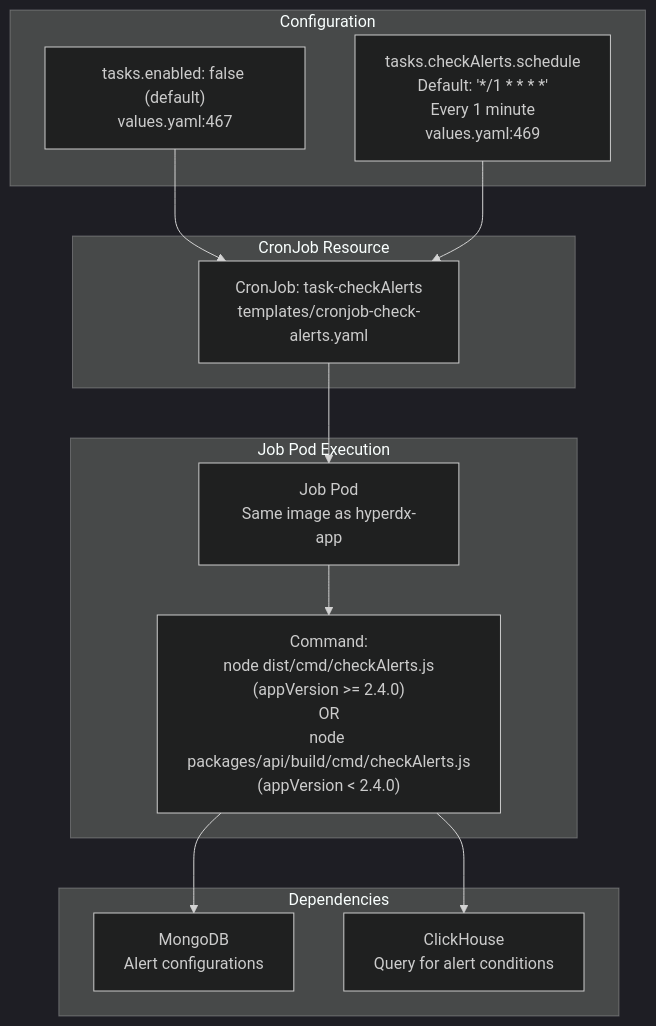
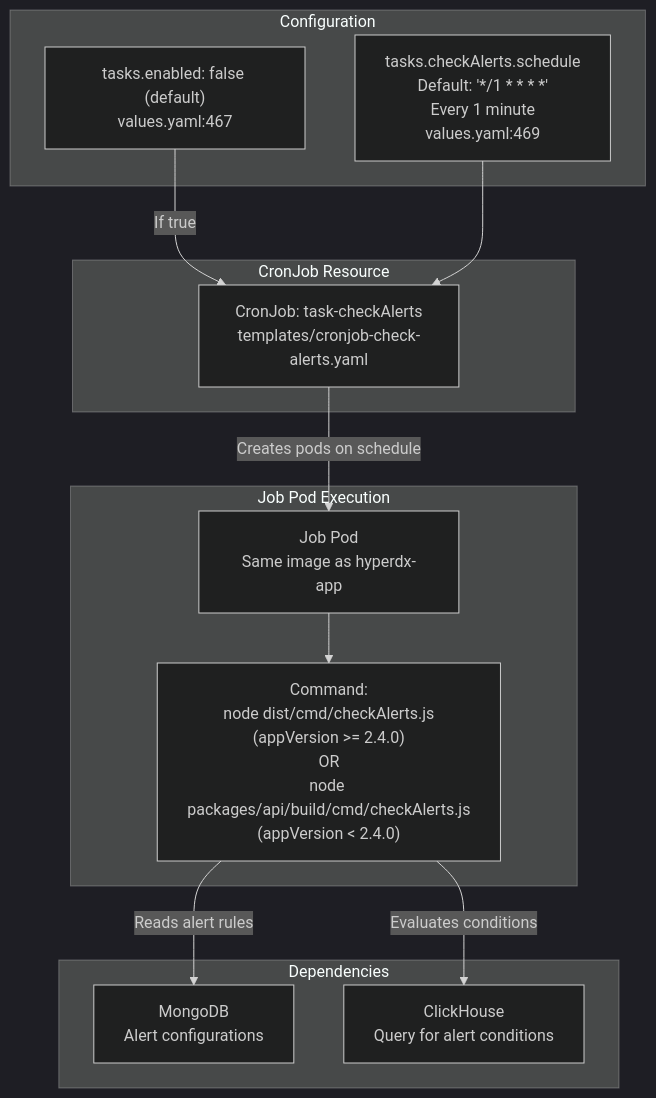
The ninth of 9 diagrams in docs/hyperdxio-helm-charts-docs/System-Architecture.md (openchoreo/openchoreo), drawn with Mermaid (dark theme) before and after one commit. The commit also changed other lines of this file and 85 other files, not shown here.

Commit message:
feat: Add new workflow and specification templates, update Helm chart dependencies, and clarify documentation diagrams.

````diff
--- a/docs/hyperdxio-helm-charts-docs/System-Architecture.md
+++ b/docs/hyperdxio-helm-charts-docs/System-Architecture.md
@@ -719,37 +719,37 @@
 ```mermaid
 flowchart TD
 
 TasksEnabled["tasks.enabled: false (default)<br>values.yaml:467"]
 TasksSchedule["tasks.checkAlerts.schedule<br>Default: '*/1 * * * *'<br>Every 1 minute<br>values.yaml:469"]
 CheckAlertsCron["CronJob: task-checkAlerts<br>templates/cronjob-check-alerts.yaml"]
 JobPod["Job Pod<br>Same image as hyperdx-app"]
 CheckAlertsCmd["Command:<br>node dist/cmd/checkAlerts.js<br>(appVersion >= 2.4.0)<br>OR<br>node packages/api/build/cmd/checkAlerts.js<br>(appVersion < 2.4.0)"]
 MongoDB["MongoDB<br>Alert configurations"]
 ClickHouse["ClickHouse<br>Query for alert conditions"]
 
-TasksEnabled --> CheckAlertsCron
+TasksEnabled -->|"If true"| CheckAlertsCron
 TasksSchedule --> CheckAlertsCron
-CheckAlertsCron --> JobPod
-CheckAlertsCmd --> MongoDB
-CheckAlertsCmd --> ClickHouse
+CheckAlertsCron -->|"Creates pods on schedule"| JobPod
+CheckAlertsCmd -->|"Reads alert rules"| MongoDB
+CheckAlertsCmd -->|"Evaluates conditions"| ClickHouse
 
 subgraph Dependencies ["Dependencies"]
     MongoDB
     ClickHouse
 end
 
 subgraph subGraph2 ["Job Pod Execution"]
     JobPod
     CheckAlertsCmd
     JobPod --> CheckAlertsCmd
 end
 
 subgraph subGraph1 ["CronJob Resource"]
     CheckAlertsCron
 end
 
 subgraph Configuration ["Configuration"]
     TasksEnabled
     TasksSchedule
 end
 ```
````
